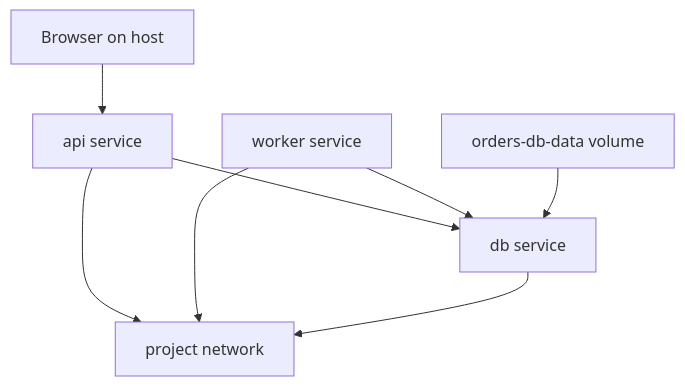
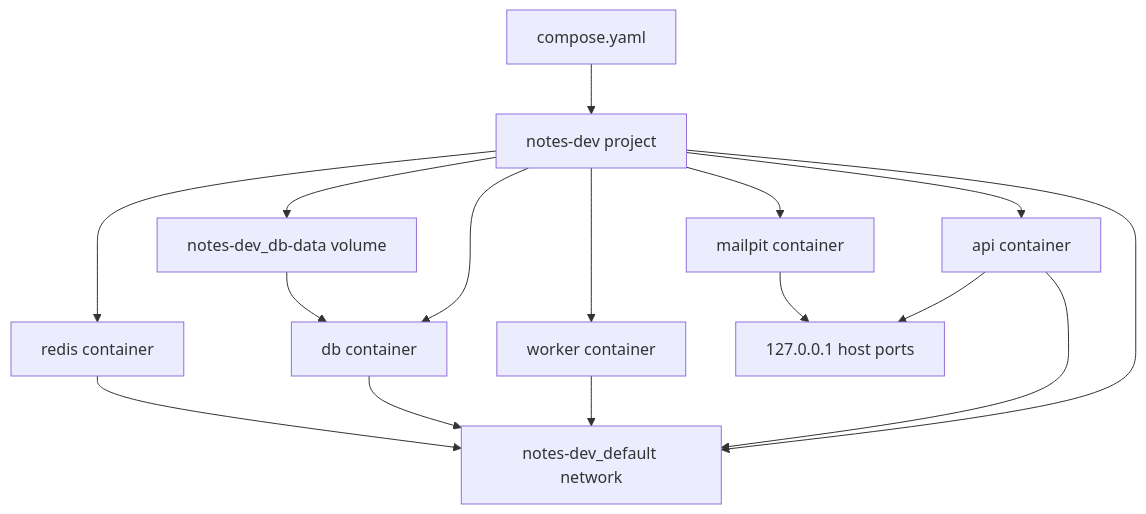
The diagram in containers-orchestration/docker/compose/compose-application-model.md (senlinyy/dev-roadmaps), drawn with Mermaid before and after one commit. The commit also changed other lines of this file and 610 other files, not shown here.

````diff
--- a/containers-orchestration/docker/compose/compose-application-model.md
+++ b/containers-orchestration/docker/compose/compose-application-model.md
@@ -51,17 +291,29 @@
 ```mermaid
 flowchart TD
-    Browser["Browser on host"]
-    Api["api service"]
-    Worker["worker service"]
-    Db["db service"]
-    Network["project network"]
-    Volume["orders-db-data volume"]
+    ComposeFile["compose.yaml"]
+    Project["notes-dev project"]
+    Api["api container"]
+    Worker["worker container"]
+    Db["db container"]
+    Redis["redis container"]
+    Mailpit["mailpit container"]
+    Network["notes-dev_default network"]
+    Volume["notes-dev_db-data volume"]
+    HostPort["127.0.0.1 host ports"]
 
-    Browser --> Api
+    ComposeFile --> Project
+    Project --> Api
+    Project --> Worker
+    Project --> Db
+    Project --> Redis
+    Project --> Mailpit
+    Project --> Network
+    Project --> Volume
+    Api --> HostPort
+    Mailpit --> HostPort
     Api --> Network
     Worker --> Network
     Db --> Network
-    Api --> Db
-    Worker --> Db
+    Redis --> Network
     Volume --> Db
 ```
````
